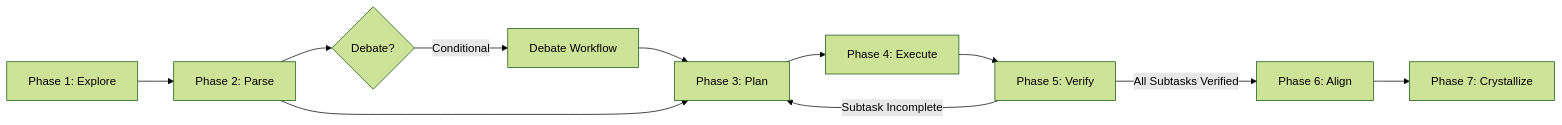
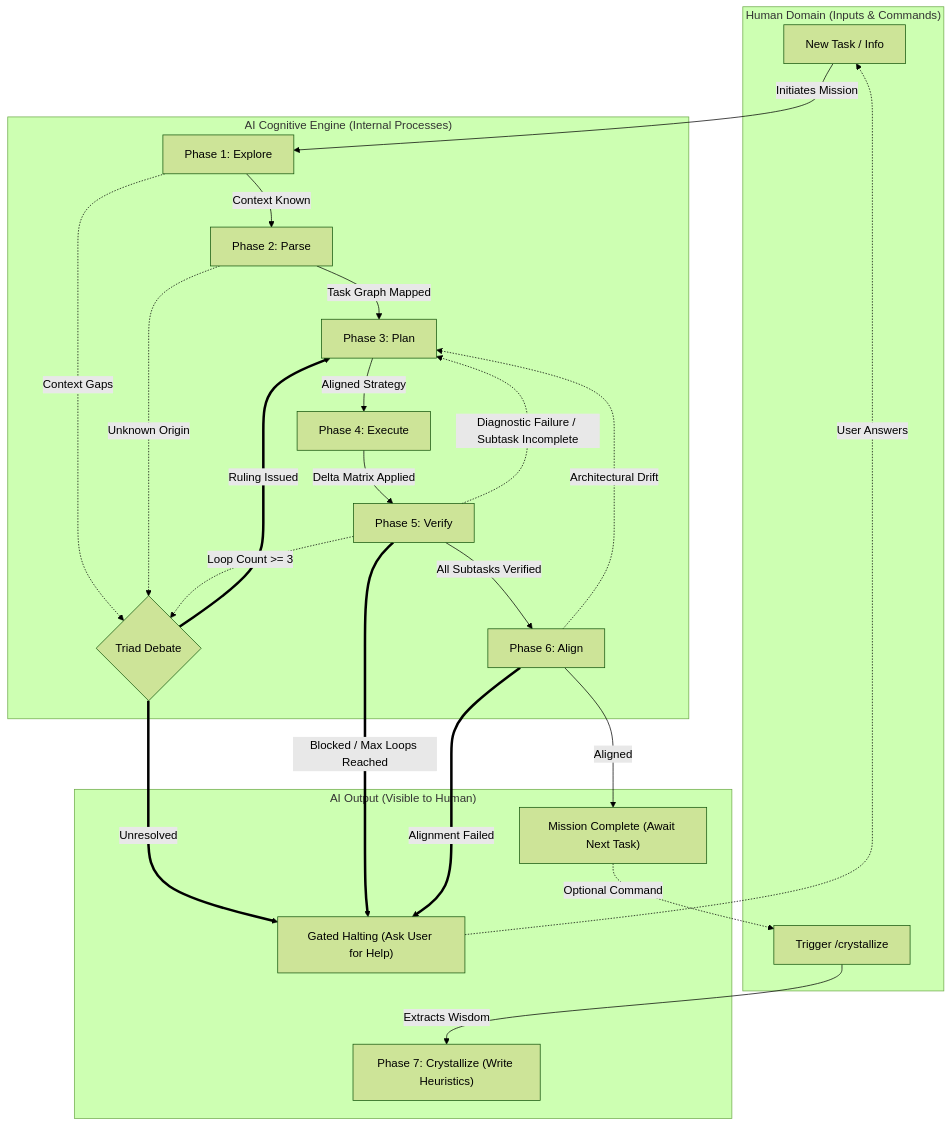
One commit to kv3100123/Prime-Rule-Workflow-for-AI-Agent-RnD-Boost changed the diagram in GEMINI_v5.md. Above: the diagram before and after it, drawn with Mermaid (forest theme). The commit also changed other lines of this file and 9 other files, not shown here.

````diff
--- a/GEMINI_v5.md
+++ b/GEMINI_v5.md
@@ -169,13 +167,48 @@
 ```mermaid
-flowchart LR
-    P1[Phase 1: Explore] --> P2[Phase 2: Parse]
-    P2 --> Debate{Debate?}
-    Debate -- Conditional --> PD[Debate Workflow]
-    PD --> P3[Phase 3: Plan]
-    P2 --> P3
-    P3 --> P4[Phase 4: Execute]
-    P4 --> P5[Phase 5: Verify]
-    P5 -- Subtask Incomplete --> P3
-    P5 -- All Subtasks Verified --> P6[Phase 6: Align]
-    P6 --> P7[Phase 7: Crystallize]
+flowchart TD
+    subgraph HumanDomain["Human Domain (Inputs & Commands)"]
+        UserInput["New Task / Info"]
+        UserCommand["Trigger /crystallize"]
+    end
+
+    subgraph AIBrain["AI Cognitive Engine (Internal Processes)"]
+        P1["Phase 1: Explore"]
+        P2["Phase 2: Parse"]
+        P3["Phase 3: Plan"]
+        P4["Phase 4: Execute"]
+        P5["Phase 5: Verify"]
+        P6["Phase 6: Align"]
+        Debate{"Triad Debate"}
+    end
+
+    subgraph AIOutput["AI Output (Visible to Human)"]
+        Halt["Gated Halting (Ask User for Help)"]
+        P7["Phase 7: Crystallize (Write Heuristics)"]
+        Complete["Mission Complete (Await Next Task)"]
+    end
+
+    UserInput -->|Initiates Mission| P1
+    P1 -->|Context Known| P2
+    P2 -->|Task Graph Mapped| P3
+    P3 -->|Aligned Strategy| P4
+    P4 -->|Delta Matrix Applied| P5
+    P5 -->|All Subtasks Verified| P6
+    P6 -->|Aligned| Complete
+    
+    Complete -.->|Optional Command| UserCommand
+    UserCommand -->|Extracts Wisdom| P7
+
+    P1 -.->|Context Gaps| Debate
+    P2 -.->|Unknown Origin| Debate
+    P5 -.->|Loop Count >= 3| Debate
+    Debate ==>|Ruling Issued| P3
+    
+    P5 -.->|Diagnostic Failure / Subtask Incomplete| P3
+    P6 -.->|Architectural Drift| P3
+    
+    Debate ===>|Unresolved| Halt
+    P5 ===>|Blocked / Max Loops Reached| Halt
+    P6 ===>|Alignment Failed| Halt
+
+    Halt -.->|User Answers| UserInput
 ```
````
